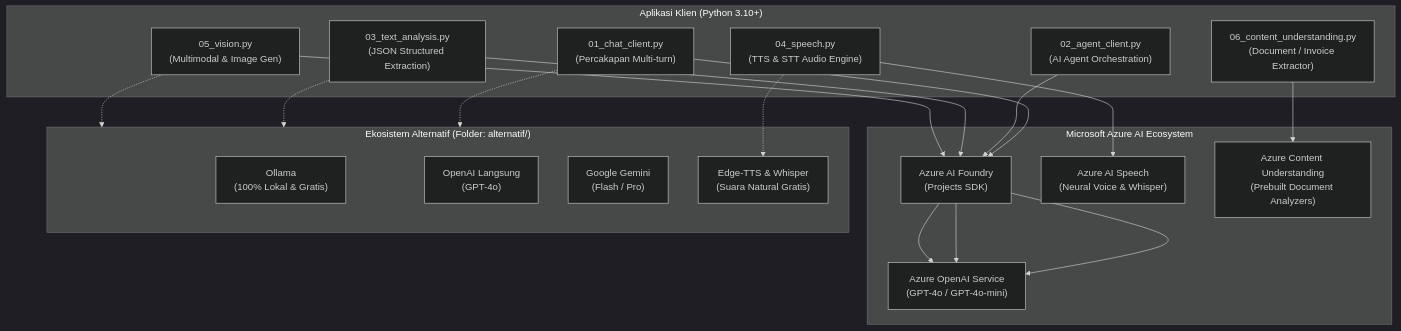
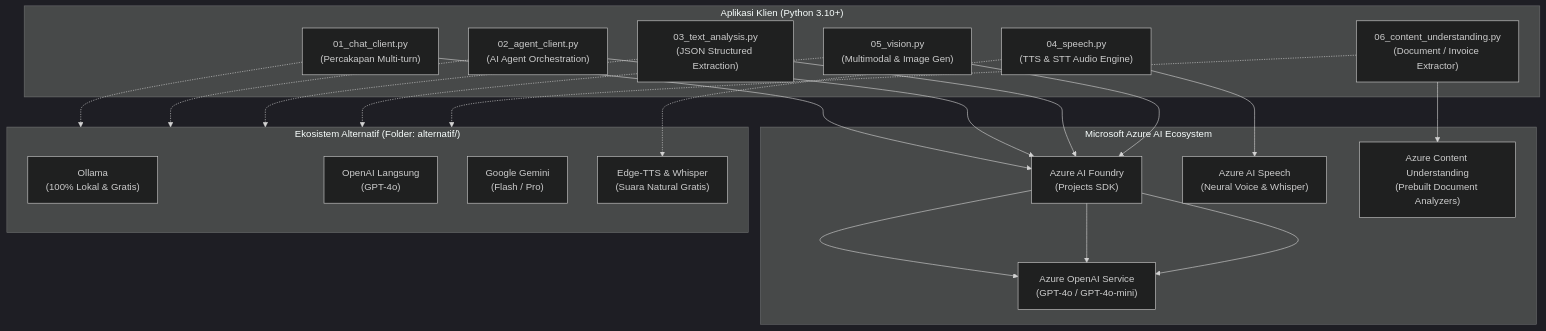
Before and after one commit to Muhammad-Ikhwan-Fathulloh/AI-901-Foundry-Labs: the diagram in README.md, drawn with Mermaid (dark theme). The commit also changed other lines of this file and 5 other files, not shown here.

````diff
--- a/README.md
+++ b/README.md
@@ -34,37 +34,39 @@
 ```mermaid
 flowchart TD
     subgraph ClientLayer["Aplikasi Klien (Python 3.10+)"]
         C1["01_chat_client.py\n(Percakapan Multi-turn)"]
         C2["02_agent_client.py\n(AI Agent Orchestration)"]
         C3["03_text_analysis.py\n(JSON Structured Extraction)"]
         C4["04_speech.py\n(TTS & STT Audio Engine)"]
         C5["05_vision.py\n(Multimodal & Image Gen)"]
         C6["06_content_understanding.py\n(Document / Invoice Extractor)"]
     end
 
     subgraph AzureLayer["Microsoft Azure AI Ecosystem"]
         AF["Azure AI Foundry\n(Projects SDK)"]
         AOAI["Azure OpenAI Service\n(GPT-4o / GPT-4o-mini)"]
         ASpeech["Azure AI Speech\n(Neural Voice & Whisper)"]
         ACU["Azure Content Understanding\n(Prebuilt Document Analyzers)"]
     end
 
     subgraph AltLayer["Ekosistem Alternatif (Folder: alternatif/)"]
         Ollama["Ollama\n(100% Lokal & Gratis)"]
         DirectOAI["OpenAI Langsung\n(GPT-4o)"]
         Gemini["Google Gemini\n(Flash / Pro)"]
         FreeSpeech["Edge-TTS & Whisper\n(Suara Natural Gratis)"]
     end
 
     C1 --> AF --> AOAI
     C2 --> AF
     C3 --> AF --> AOAI
     C4 --> ASpeech
     C5 --> AF --> AOAI
     C6 --> ACU
 
     C1 -.-> AltLayer
+    C2 -.-> AltLayer
     C3 -.-> AltLayer
     C4 -.-> FreeSpeech
     C5 -.-> AltLayer
+    C6 -.-> AltLayer
 ```
````
